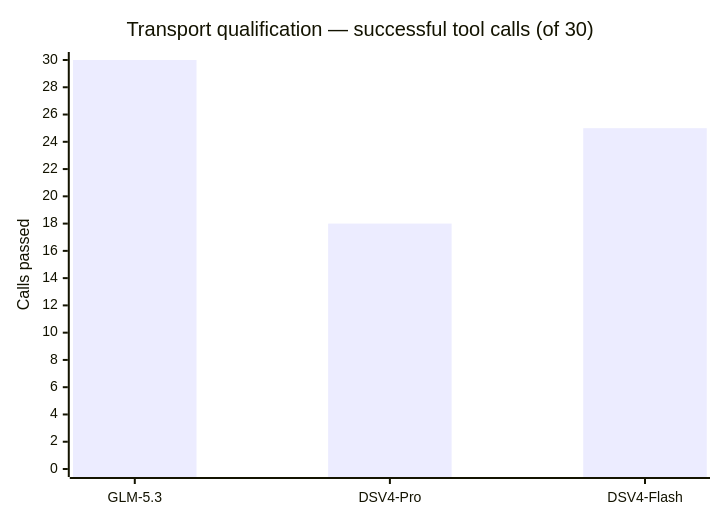
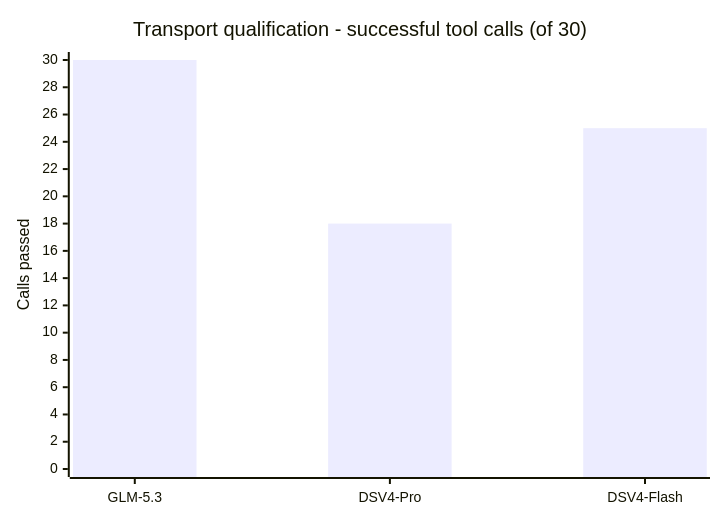
One commit to chiragshah2357/Alpaca-Trading-Hackathon-Final changed the sixth of 6 diagrams in README.md. Above: the diagram before and after it, drawn with Mermaid. The commit also changed other lines of this file and 29 other files, not shown here.

````diff
--- a/README.md
+++ b/README.md
@@ -345,7 +281,7 @@
 ```mermaid
 xychart-beta
-    title "Transport qualification — successful tool calls (of 30)"
+    title "Transport qualification - successful tool calls (of 30)"
     x-axis ["GLM-5.3", "DSV4-Pro", "DSV4-Flash"]
     y-axis "Calls passed" 0 --> 30
     bar [30, 18, 25]
 ```
````
